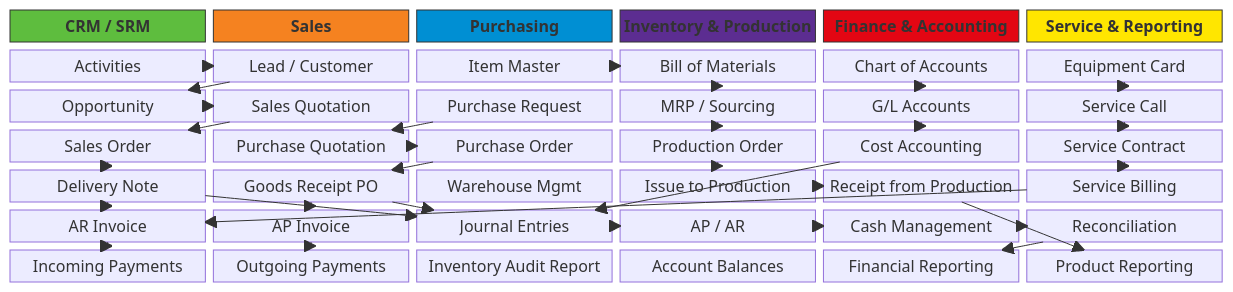
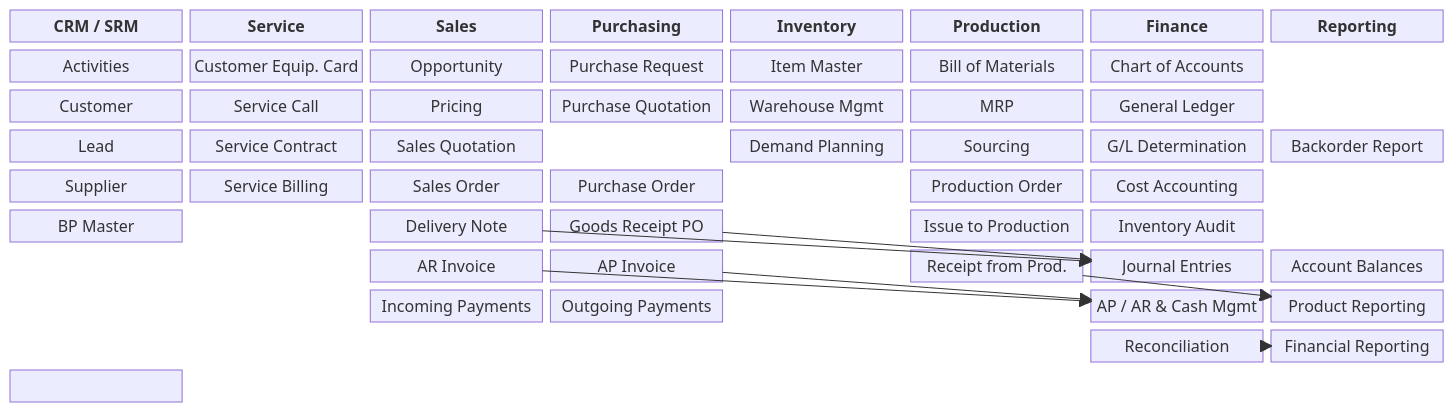
One commit to LuckyEnty/Diagrama-182068 changed the diagram in Diagrama.mmd. Above: the diagram before and after it, drawn with Mermaid.

```diff
--- a/Diagrama.mmd
+++ b/Diagrama.mmd
@@ -1,103 +1,110 @@
 block-beta
-  columns 6
+  columns 8
 
-  %% Encabezados de Columnas / Tracks Funcionales
+  %% --- ENCABEZADOS DE DOMINIO ---
   c_crm["<b>CRM / SRM</b>"]
-  c_sales["<b>Sales</b>"]
-  c_purch["<b>Purchasing</b>"]
-  c_inv_prod["<b>Inventory & Production</b>"]
-  c_fin["<b>Finance & Accounting</b>"]
-  c_serv_rep["<b>Service & Reporting</b>"]
+  c_srv["<b>Service</b>"]
+  c_sal["<b>Sales</b>"]
+  c_pur["<b>Purchasing</b>"]
+  c_inv["<b>Inventory</b>"]
+  c_prd["<b>Production</b>"]
+  c_fin["<b>Finance</b>"]
+  c_rep["<b>Reporting</b>"]
 
-  %% Fila 1: Maestros / Orígenes
+  %% --- NIVEL 1: MASTER DATA & INICIACIÓN ---
   bp_act["Activities"]
-  lead["Lead / Customer"]
-  item_m["Item Master"]
-  bom["Bill of Materials"]
-  coa["Chart of Accounts"]
-  eq_card["Equipment Card"]
+  srv_cec["Customer Equip. Card"]
+  sal_opp["Opportunity"]
+  pur_req["Purchase Request"]
+  inv_itm["Item Master"]
+  prd_bom["Bill of Materials"]
+  fin_coa["Chart of Accounts"]
+  space
 
-  %% Fila 2: Planificación y Ofertas
-  opp["Opportunity"]
-  sq["Sales Quotation"]
-  pr["Purchase Request"]
-  mrp["MRP / Sourcing"]
-  gla["G/L Accounts"]
-  serv_call["Service Call"]
+  %% --- NIVEL 2: PLANIFICACIÓN & PRECIOS ---
+  bp_cus["Customer"]
+  srv_cal["Service Call"]
+  sal_prc["Pricing"]
+  pur_quo["Purchase Quotation"]
+  inv_whm["Warehouse Mgmt"]
+  prd_mrp["MRP"]
+  fin_gla["General Ledger"]
+  space
 
-  %% Fila 3: Órdenes y Contratos
-  so["Sales Order"]
-  pq["Purchase Quotation"]
-  po["Purchase Order"]
-  prod_ord["Production Order"]
-  cost_acc["Cost Accounting"]
-  serv_contr["Service Contract"]
+  %% --- NIVEL 3: COTIZACIONES & DEMANDA ---
+  bp_led["Lead"]
+  srv_cnt["Service Contract"]
+  sal_quo["Sales Quotation"]
+  space
+  inv_dmd["Demand Planning"]
+  prd_src["Sourcing"]
+  fin_gld["G/L Determination"]
+  rep_bor["Backorder Report"]
 
-  %% Fila 4: Ejecución / Almacén
-  dn["Delivery Note"]
-  grpo["Goods Receipt PO"]
-  wh_m["Warehouse Mgmt"]
-  issue_p["Issue to Production"]
-  rec_p["Receipt from Production"]
-  serv_bill["Service Billing"]
+  %% --- NIVEL 4: ÓRDENES ACTIVAS ---
+  bp_sup["Supplier"]
+  srv_bil["Service Billing"]
+  sal_ord["Sales Order"]
+  pur_ord["Purchase Order"]
+  space
+  prd_ord["Production Order"]
+  fin_cst["Cost Accounting"]
+  space
 
-  %% Fila 5: Facturación & Asientos
-  ar_inv["AR Invoice"]
-  ap_inv["AP Invoice"]
-  je["Journal Entries"]
-  ap_ar["AP / AR"]
-  cash_m["Cash Management"]
-  recon["Reconciliation"]
+  %% --- NIVEL 5: MOVIMIENTOS DE ALMACÉN / EJECUCIÓN ---
+  bp_bpm["BP Master"]
+  space
+  sal_del["Delivery Note"]
+  pur_grp["Goods Receipt PO"]
+  space
+  prd_iss["Issue to Production"]
+  fin_iar["Inventory Audit"]
+  space
 
-  %% Fila 6: Pagos y Reportería Final
-  inc_pay["Incoming Payments"]
-  out_pay["Outgoing Payments"]
-  rep_inv["Inventory Audit Report"]
-  rep_acc["Account Balances"]
-  rep_fin["Financial Reporting"]
-  rep_prod["Product Reporting"]
+  %% --- NIVEL 6: FACTURACIÓN & REGISTRO CONTABLE ---
+  space
+  space
+  sal_ari["AR Invoice"]
+  pur_api["AP Invoice"]
+  space
+  prd_rec["Receipt from Prod."]
+  fin_jne["Journal Entries"]
+  rep_abr["Account Balances"]
 
-  %% Relaciones de Flujo Vertical y Cruzado (Top-to-Bottom Flow)
-  bp_act --> lead
-  lead --> opp
-  opp --> sq
-  sq --> so
-  so --> dn
-  dn --> ar_inv
-  ar_inv --> inc_pay
+  %% --- NIVEL 7: PAGOS & TESORERÍA ---
+  space
+  space
+  sal_inc["Incoming Payments"]
+  pur_out["Outgoing Payments"]
+  space
+  space
+  fin_apa["AP / AR & Cash Mgmt"]
+  rep_pdr["Product Reporting"]
 
-  item_m --> bom
-  pr --> pq
-  pq --> po
-  po --> grpo
-  grpo --> ap_inv
-  ap_inv --> out_pay
+  %% --- NIVEL 8: CIERRE & REPORTES FINALES ---
+  space
+  space
+  space
+  space
+  space
+  space
+  fin_rec["Reconciliation"]
+  rep_fnr["Financial Reporting"]
 
-  bom --> mrp
-  mrp --> prod_ord
-  prod_ord --> issue_p
-  issue_p --> rec_p
-  rec_p --> rep_prod
+  %% --- CONEXIONES VERTICALES PRINCIPALES ---
+  bp_act --> bp_cus --> bp_led --> bp_sup --> bp_bpm
+  srv_cec --> srv_cal --> srv_cnt --> srv_bil
+  sal_opp --> sal_prc --> sal_quo --> sal_ord --> sal_del --> sal_ari --> sal_inc
+  pur_req --> pur_quo --> pur_ord --> pur_grp --> pur_api --> pur_out
+  inv_itm --> inv_whm --> inv_dmd
+  prd_bom --> prd_mrp --> prd_src --> prd_ord --> prd_iss --> prd_rec
+  fin_coa --> fin_gla --> fin_gld --> fin_cst --> fin_iar --> fin_jne --> fin_apa --> fin_rec
+  rep_bor --> rep_abr --> rep_pdr --> rep_fnr
 
-  coa --> gla
-  gla --> cost_acc
-  cost_acc --> je
-  dn --> je
-  grpo --> je
-  je --> ap_ar
-  ap_ar --> cash_m
-  cash_m --> recon
-  recon --> rep_fin
-
-  eq_card --> serv_call
-  serv_call --> serv_contr
-  serv_contr --> serv_bill
-  serv_bill --> ar_inv
-
-  %% Estilos por Módulos
-  style c_crm fill:#5ebd3e,stroke:#333,color:#fff
-  style c_sales fill:#f58220,stroke:#333,color:#fff
-  style c_purch fill:#008fd3,stroke:#333,color:#fff
-  style c_inv_prod fill:#5c2d91,stroke:#333,color:#fff
-  style c_fin fill:#e30613,stroke:#333,color:#fff
-  style c_serv_rep fill:#ffe600,stroke:#333,color:#000
+  %% --- INTEGRACIONES MULTI-ÁREA CLAVE ---
+  sal_del --> fin_jne
+  pur_grp --> fin_jne
+  sal_ari --> fin_apa
+  pur_api --> fin_apa
+  fin_rec --> rep_fnr
+  prd_rec --> rep_pdr
```
